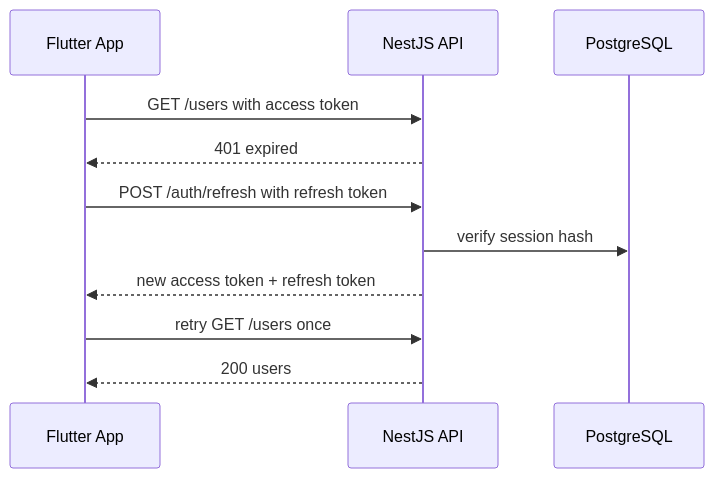
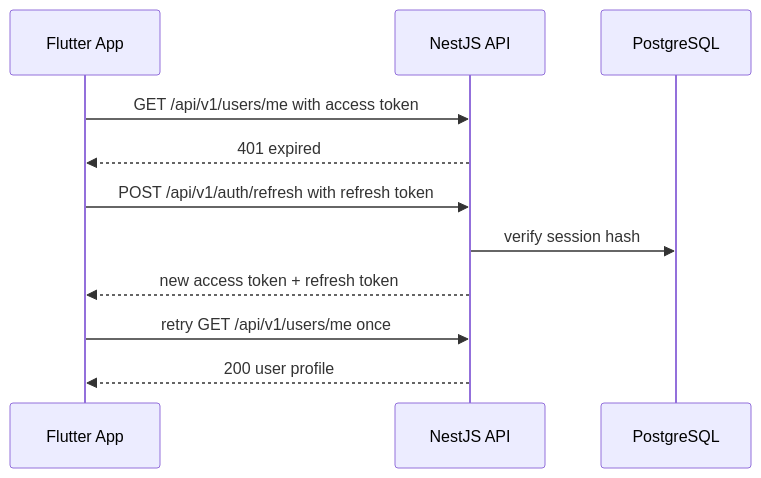
Before and after one commit to 2tsoftwareapp/super-template: the second of 2 diagrams in docs/authentication.md, drawn with Mermaid. The commit also changed other lines of this file and 16 other files, not shown here.

````diff
--- a/docs/authentication.md
+++ b/docs/authentication.md
@@ -74,14 +74,14 @@
 ```mermaid
 sequenceDiagram
   participant App as Flutter App
   participant API as NestJS API
   participant DB as PostgreSQL
 
-  App->>API: GET /users with access token
+  App->>API: GET /api/v1/users/me with access token
   API-->>App: 401 expired
-  App->>API: POST /auth/refresh with refresh token
+  App->>API: POST /api/v1/auth/refresh with refresh token
   API->>DB: verify session hash
   API-->>App: new access token + refresh token
-  App->>API: retry GET /users once
-  API-->>App: 200 users
+  App->>API: retry GET /api/v1/users/me once
+  API-->>App: 200 user profile
 ```
````
